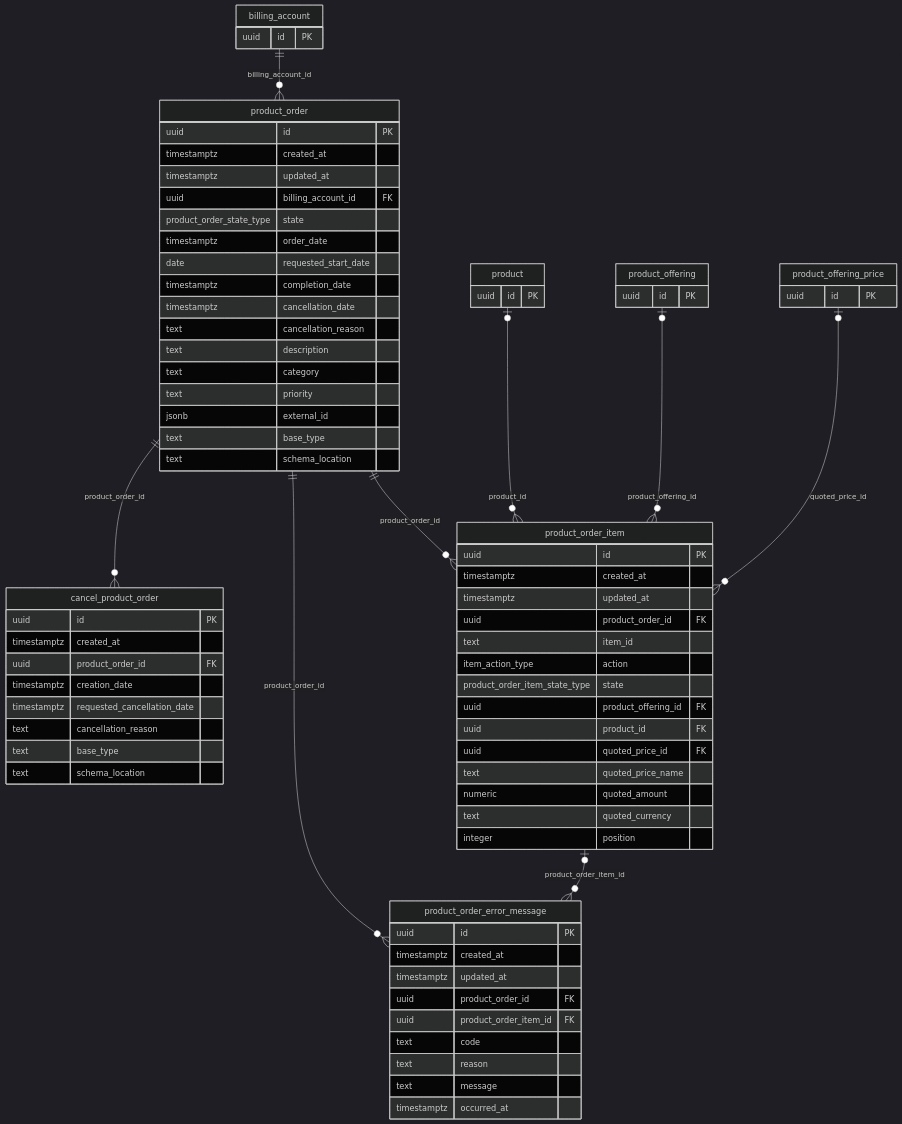
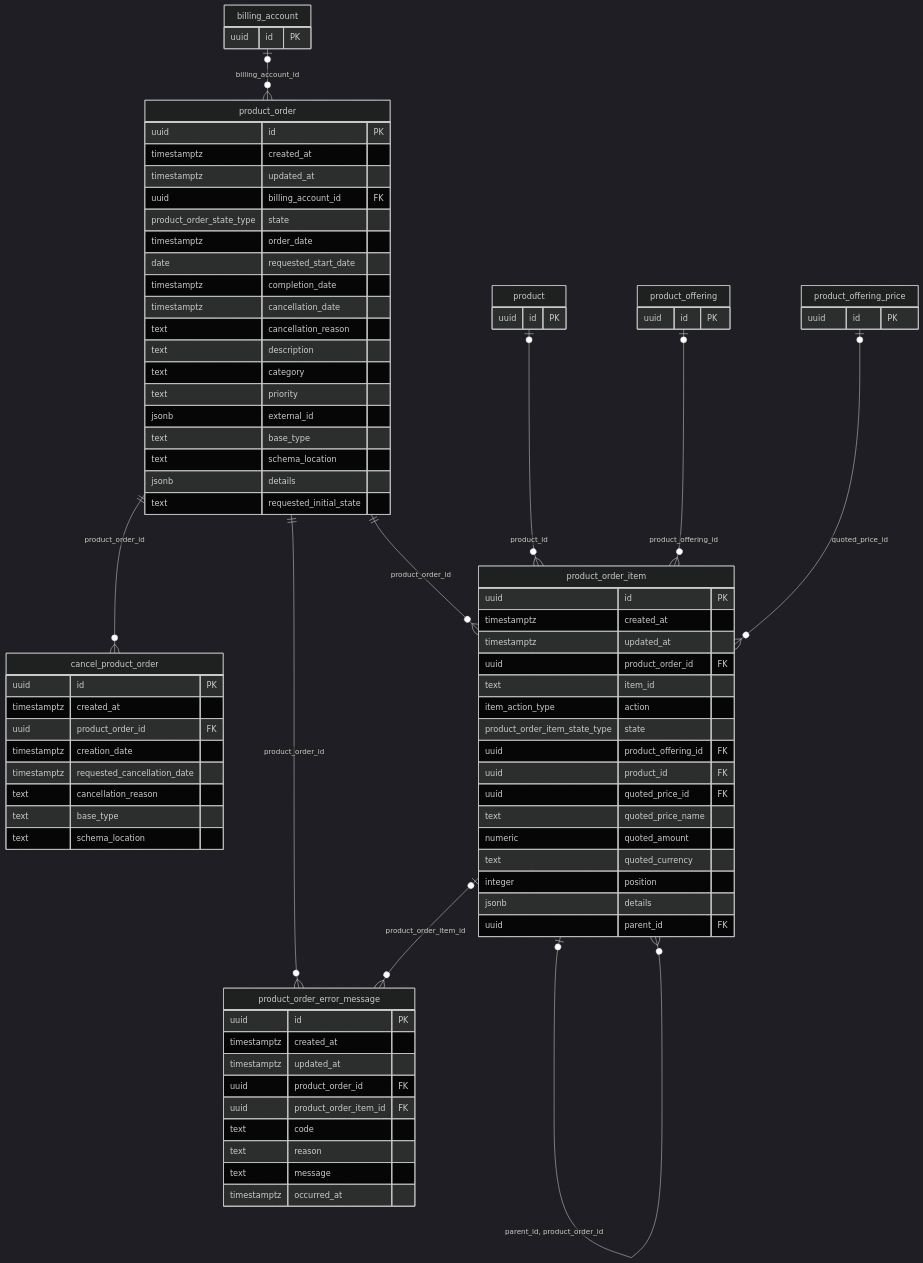
The fourth of 8 diagrams in docs/db/README.md (altharmz/bss), drawn with Mermaid (dark theme) before and after one commit. The commit also changed other lines of this file and 20 other files, not shown here.

````diff
--- a/docs/db/README.md
+++ b/docs/db/README.md
@@ -381,6 +382,8 @@
     jsonb external_id
     text base_type
     text schema_location
+    jsonb details
+    text requested_initial_state
   }
   product_order_item {
     uuid id PK
@@ -397,6 +400,8 @@
     numeric quoted_amount
     text quoted_currency
     integer position
+    jsonb details
+    uuid parent_id FK
   }
   product_order_error_message {
     uuid id PK
@@ -431,7 +436,7 @@
   product_offering_price {
     uuid id PK
   }
-  billing_account ||--o{ product_order : "billing_account_id"
+  billing_account |o--o{ product_order : "billing_account_id"
   product |o--o{ product_order_item : "product_id"
   product_offering |o--o{ product_order_item : "product_offering_id"
   product_offering_price |o--o{ product_order_item : "quoted_price_id"
@@ -439,4 +444,5 @@
   product_order ||--o{ product_order_error_message : "product_order_id"
   product_order ||--o{ product_order_item : "product_order_id"
   product_order_item |o--o{ product_order_error_message : "product_order_item_id"
+  product_order_item |o--o{ product_order_item : "parent_id, product_order_id"
 ```
````
